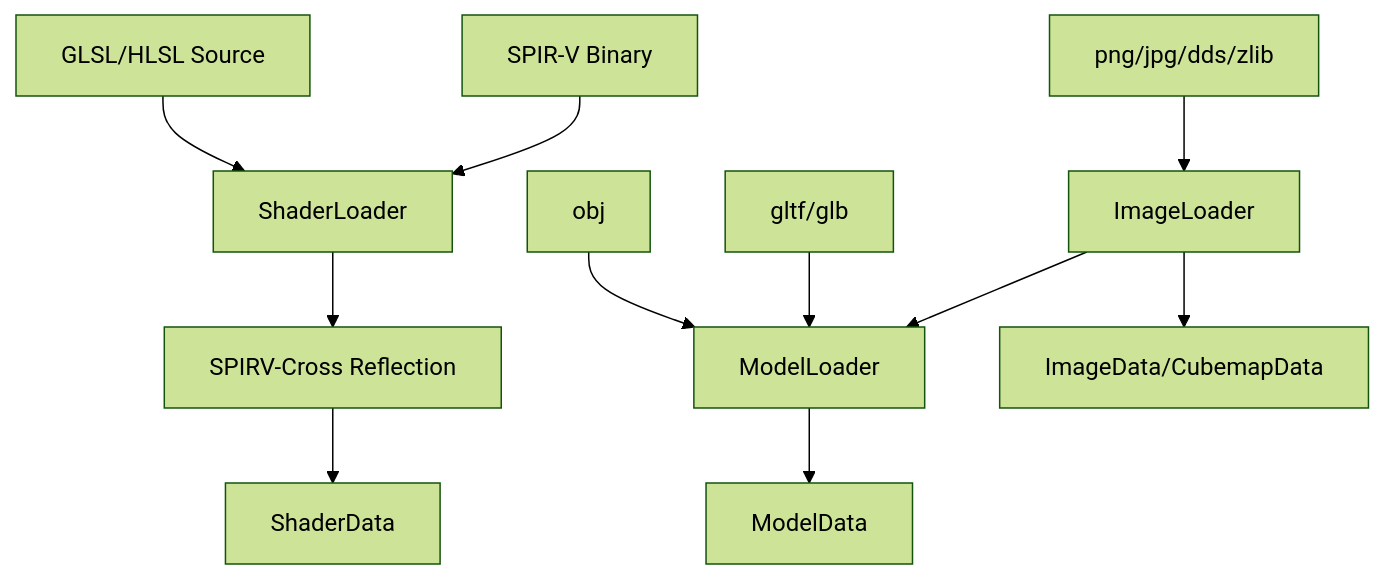
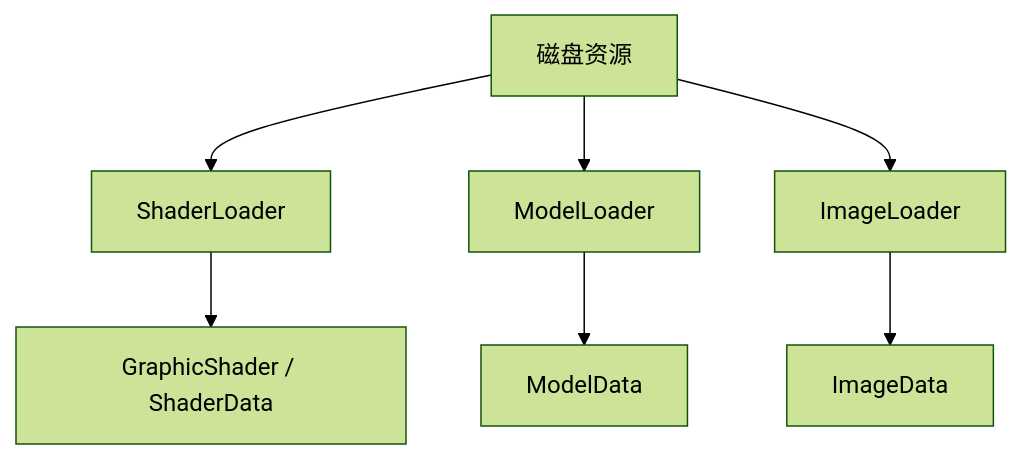
Before and after one commit to Yang-Junjie/Luna: the sixth of 8 diagrams in docs/manual/subsystems-manual.md, drawn with Mermaid (forest theme). The commit also changed other lines of this file and 49 other files, not shown here.

````diff
--- a/docs/manual/subsystems-manual.md
+++ b/docs/manual/subsystems-manual.md
@@ -159,15 +236,9 @@
 ```mermaid
 graph TD
-    ShaderSource[GLSL/HLSL Source] --> SL[ShaderLoader]
-    SPV[SPIR-V Binary] --> SL
-    SL --> REFLECT[SPIRV-Cross Reflection]
-    REFLECT --> SD[ShaderData]
-
-    OBJ[obj] --> ML[ModelLoader]
-    GLTF[gltf/glb] --> ML
-    IMG[ImageLoader] --> ML
+    FILES[磁盘资源] --> SH[ShaderLoader]
+    FILES --> ML[ModelLoader]
+    FILES --> IL[ImageLoader]
+    SH --> GS[GraphicShader / ShaderData]
     ML --> MD[ModelData]
-
-    TEX[png/jpg/dds/zlib] --> IMG
-    IMG --> ID[ImageData/CubemapData]
+    IL --> ID[ImageData]
 ```
````
